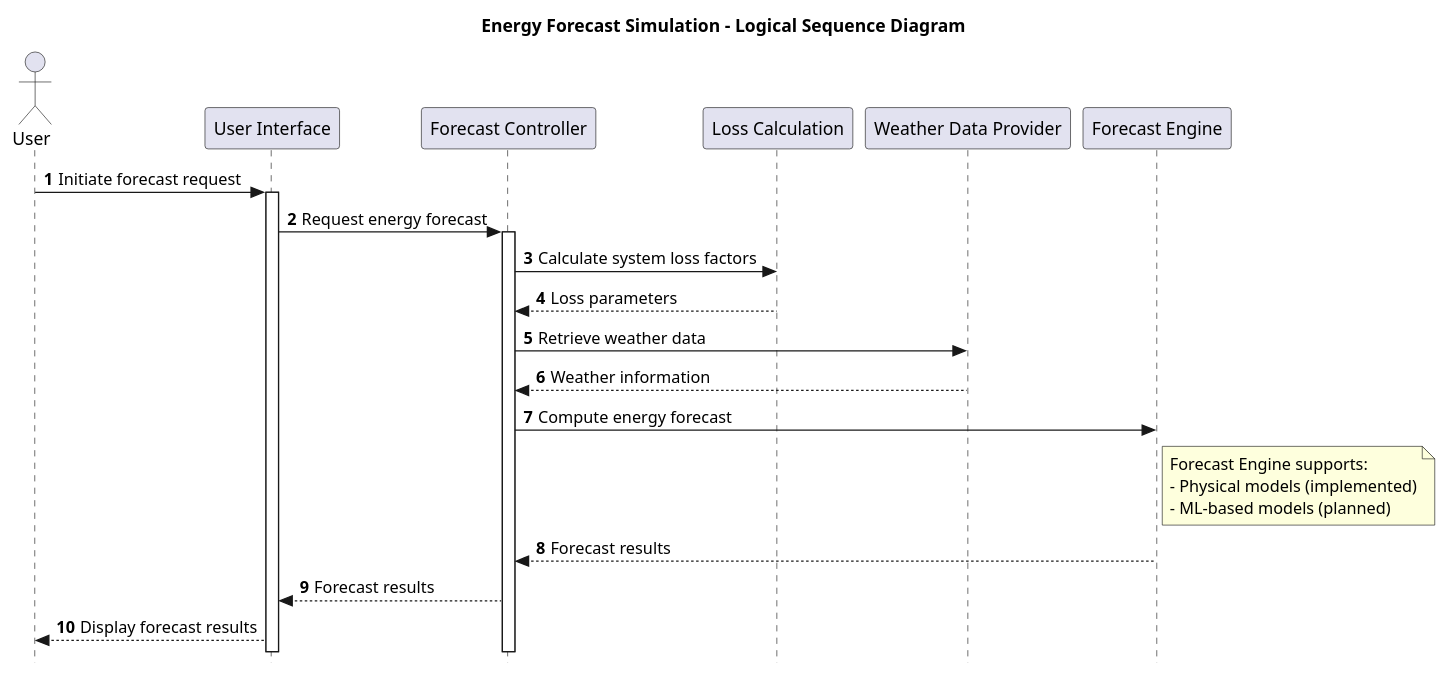
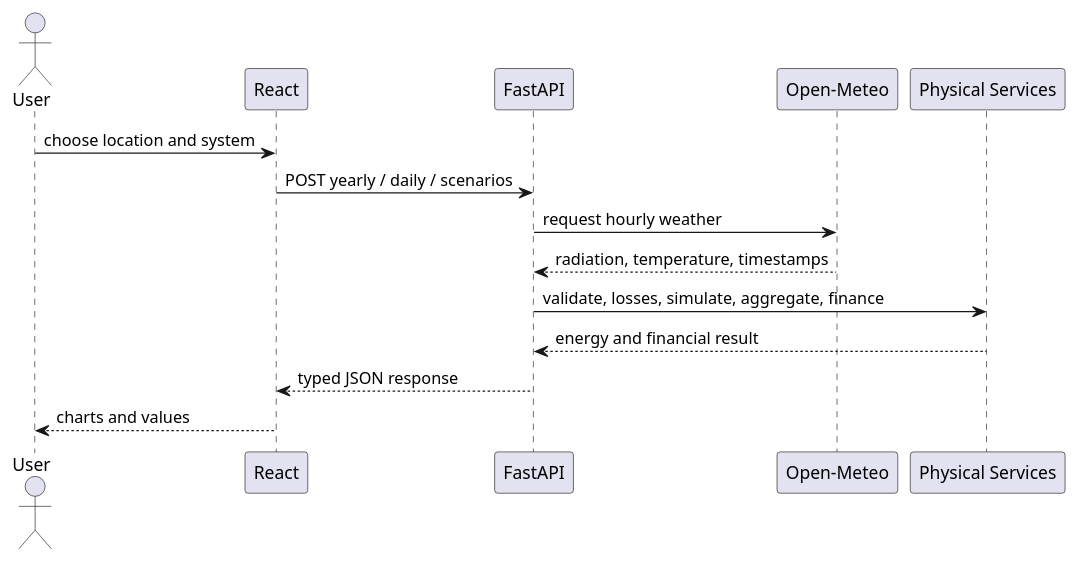
Before and after one commit to Eladszz/solar-energy-prediction: the diagram in architecture/sequence_diagram.puml, drawn with PlantUML. The commit also changed 71 other files, not shown here.

```diff
--- a/architecture/sequence_diagram.puml
+++ b/architecture/sequence_diagram.puml
@@ -1,36 +1,15 @@
-@startuml sequence_diagram_logical
-autonumber
-skinparam style strictuml
-title Energy Forecast Simulation – Logical Sequence Diagram
-
-actor "User" as user
-participant "User Interface" as ui
-participant "Forecast Controller" as controller
-participant "Loss Calculation" as loss
-participant "Weather Data Provider" as weather
-participant "Forecast Engine" as engine
-
-user -> ui : Initiate forecast request
-activate ui
-
-ui -> controller : Request energy forecast
-activate controller
-
-controller -> loss : Calculate system loss factors
-loss --> controller : Loss parameters
-
-controller -> weather : Retrieve weather data
-weather --> controller : Weather information
-
-controller -> engine : Compute energy forecast
-note right of engine
-  Forecast Engine supports:
-  - Physical models (implemented)
-  - ML-based models (planned)
-end note
-engine --> controller : Forecast results
-
-controller --> ui : Forecast results
-ui --> user : Display forecast results
-
+@startuml
+actor User
+participant React
+participant FastAPI
+participant "Open-Meteo" as Weather
+participant "Physical Services" as Physics
+User -> React : choose location and system
+React -> FastAPI : POST yearly / daily / scenarios
+FastAPI -> Weather : request hourly weather
+Weather --> FastAPI : radiation, temperature, timestamps
+FastAPI -> Physics : validate, losses, simulate, aggregate, finance
+Physics --> FastAPI : energy and financial result
+FastAPI --> React : typed JSON response
+React --> User : charts and values
 @enduml
```
